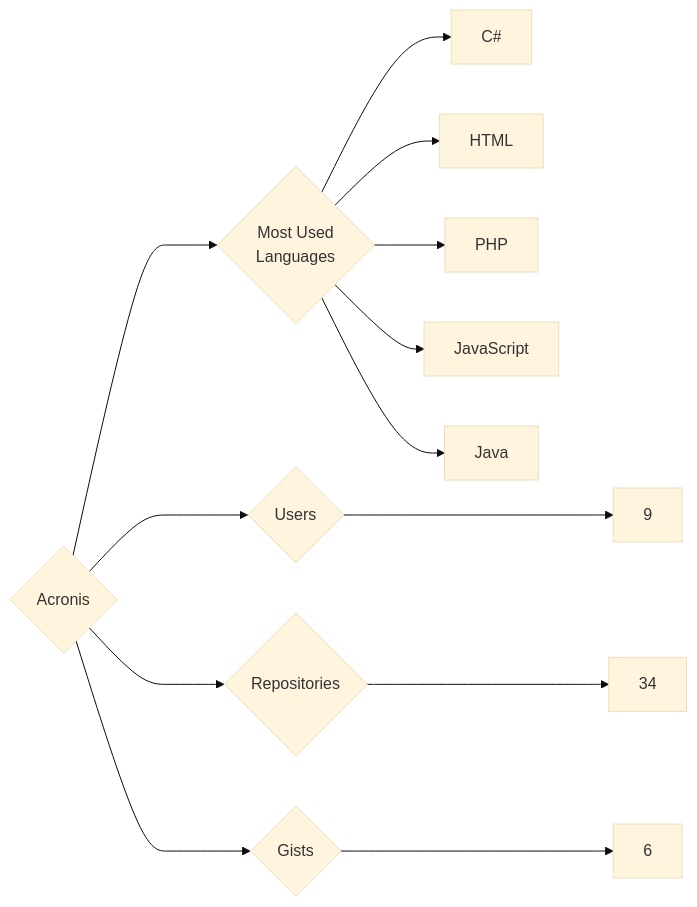
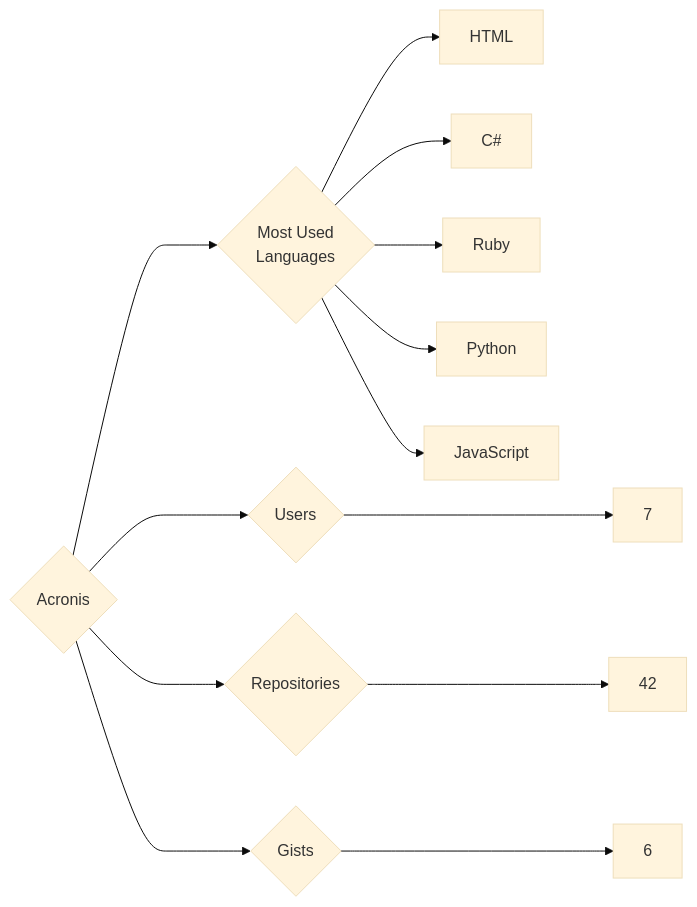
Before and after one commit to trickest/insiders: the diagram in targets/Acronis/README.md, drawn with Mermaid (base theme). The commit also changed 1195 other files, not shown here.

````diff
--- a/targets/Acronis/README.md
+++ b/targets/Acronis/README.md
@@ -3,13 +3,13 @@
 ```mermaid
 graph LR
 COMPANY_NAME{Acronis}
-COMPANY_NAME ---> U{Users} ---> UN[9]
-COMPANY_NAME ---> R{Repositories} ---> RN[34]
+COMPANY_NAME ---> U{Users} ---> UN[7]
+COMPANY_NAME ---> R{Repositories} ---> RN[42]
 COMPANY_NAME ---> G{Gists} ---> GN[6]
 COMPANY_NAME ---> ML{Most Used<br>Languages}
+ML --> HTML[HTML]
 ML --> C#[C#]
-ML --> HTML[HTML]
-ML --> PHP[PHP]
+ML --> Ruby[Ruby]
+ML --> Python[Python]
 ML --> JavaScript[JavaScript]
-ML --> Java[Java]
 ```
````
